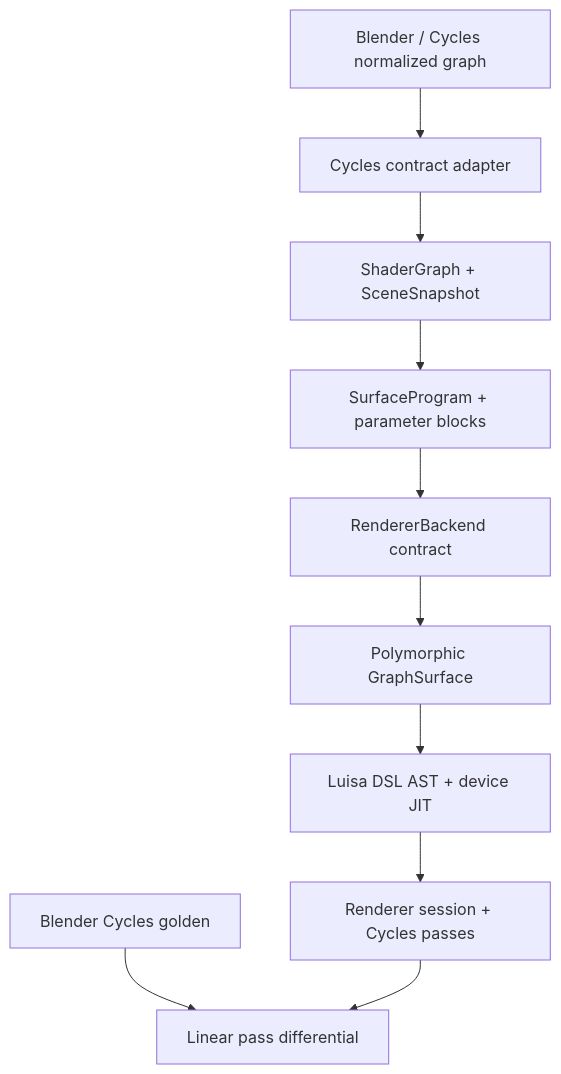
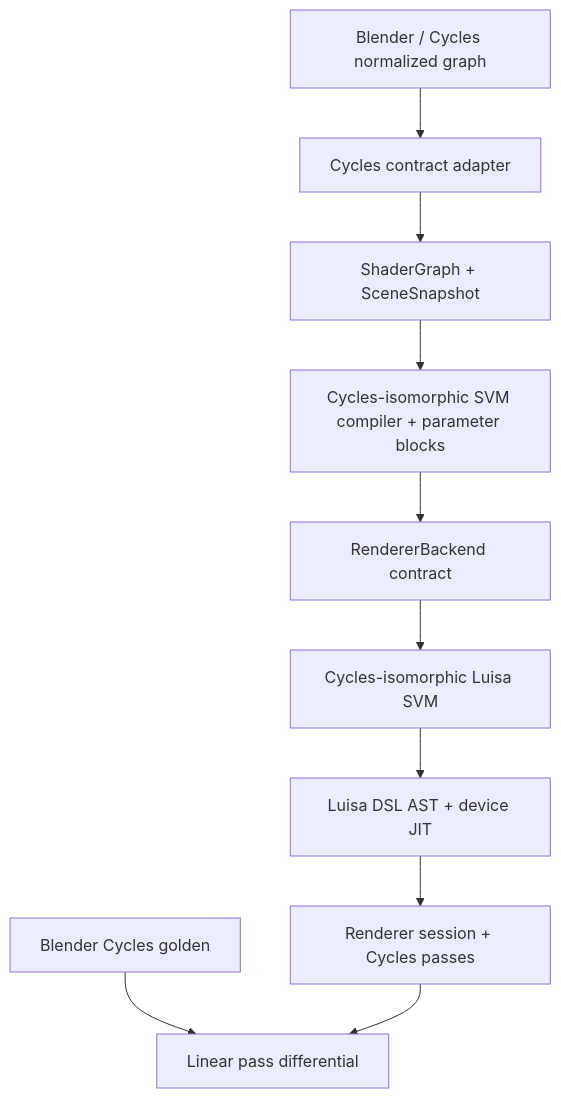
One commit to LuisaGroup/Psycles changed the diagram in docs/architecture.md. Above: the diagram before and after it, drawn with Mermaid. The commit also changed other lines of this file and 3 other files, not shown here.

Commit message:
docs: lock implementation to Cycles 5.2 SVM

````diff
--- a/docs/architecture.md
+++ b/docs/architecture.md
@@ -9,12 +14,12 @@
 ```mermaid
 flowchart TD
     A["Blender / Cycles normalized graph"] --> B["Cycles contract adapter"]
     B --> C["ShaderGraph + SceneSnapshot"]
-    C --> D["SurfaceProgram + parameter blocks"]
+    C --> D["Cycles-isomorphic SVM compiler + parameter blocks"]
     D --> E["RendererBackend contract"]
-    E --> F["Polymorphic GraphSurface"]
+    E --> F["Cycles-isomorphic Luisa SVM"]
     F --> G["Luisa DSL AST + device JIT"]
     G --> H["Renderer session + Cycles passes"]
     I["Blender Cycles golden"] --> J["Linear pass differential"]
     H --> J
 ```
````
